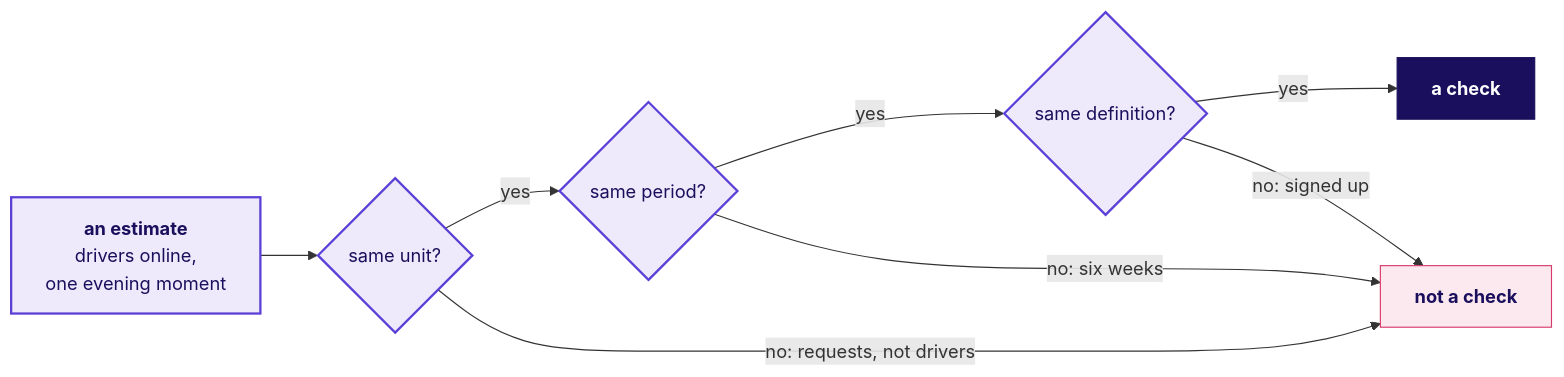
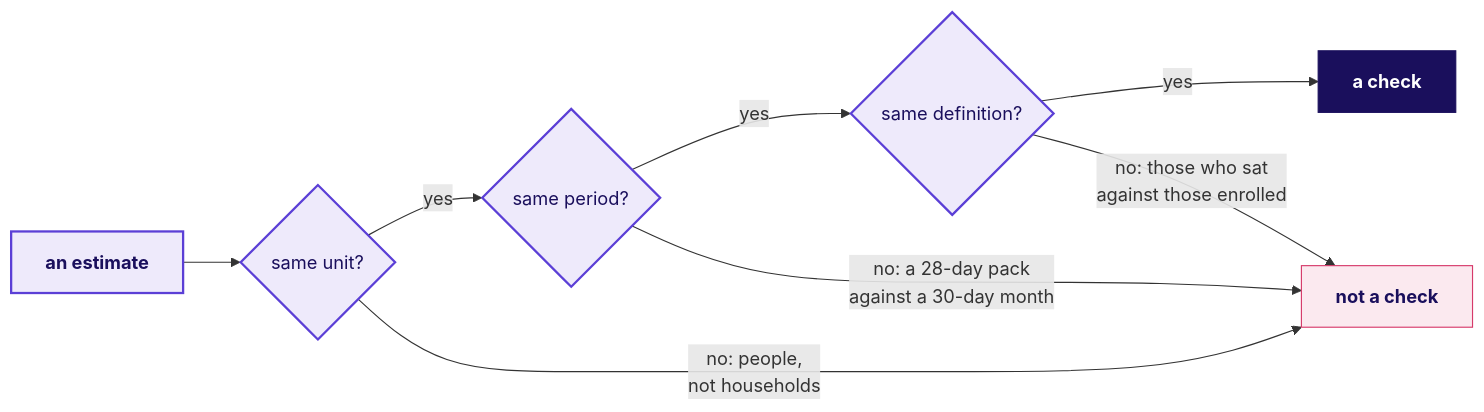
One commit to fde-academy-lab/c2-content-factory changed the third of 8 diagrams in content/W04/D2/slides/C2_W04_D02_half2_STUDENT.md. Above: the diagram before and after it, drawn with Mermaid. The commit also changed other lines of this file and 5 other files, not shown here.

````diff
--- a/content/W04/D2/slides/C2_W04_D02_half2_STUDENT.md
+++ b/content/W04/D2/slides/C2_W04_D02_half2_STUDENT.md
@@ -48,16 +159,16 @@
 ```mermaid
 flowchart LR
-    X["<b>an estimate</b><br/>drivers online,<br/>one evening moment"] --> U{"same unit?"}
+    X["<b>an estimate</b>"] --> U{"same unit?"}
     U -->|"yes"| P{"same period?"}
     P -->|"yes"| D{"same definition?"}
     D -->|"yes"| OK["<b>a check</b>"]
-    U -->|"no: requests, not drivers"| NO["<b>not a check</b>"]
-    P -->|"no: six weeks"| NO
-    D -->|"no: signed up"| NO
+    U -->|"no: people,<br/>not households"| NO["<b>not a check</b>"]
+    P -->|"no: a 28-day pack<br/>against a 30-day month"| NO
+    D -->|"no: those who sat<br/>against those enrolled"| NO
     classDef known fill:#EEEAFB,stroke:#5B3FD6,color:#1A0F5C,stroke-width:2px
     classDef lit fill:#1A0F5C,stroke:#1A0F5C,color:#FFFFFF
     classDef bad fill:#FBE9EF,stroke:#D63A6A,color:#1A0F5C
     class X,U,P,D known
     class OK lit
     class NO bad
 ```
````
